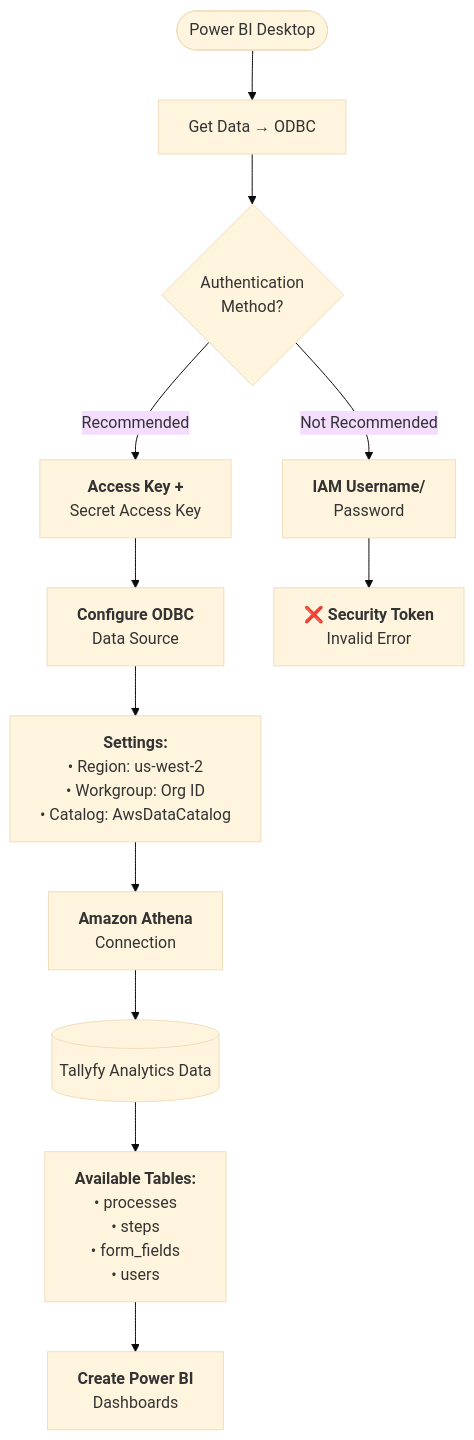
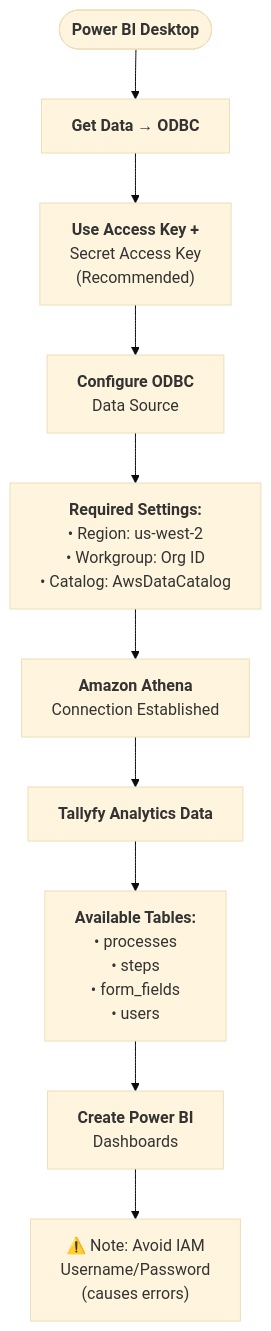
Before and after one commit to tallyfy/documentation: the diagram in src/content/docs/pro/integrations/analytics/powerbi/how-to-analyze-tallyfy-workflows-with-power-bi.mdx, drawn with Mermaid (base theme). The commit also changed 2 other files, not shown here.

Commit message:
Fix: Convert hub-and-spoke Mermaid diagrams to vertical layouts for mobile
- Fixed parallel approval diagram to use sequential vertical flow
- Fixed Power BI connection diagram to eliminate branching authentication paths
- Fixed agent execution cycle to embed component annotations inline
- All diagrams now use graph TD with vertical sequential flow
- Ensures proper mobile rendering without horizontal spreading

````diff
--- a/src/content/docs/pro/integrations/analytics/powerbi/how-to-analyze-tallyfy-workflows-with-power-bi.mdx
+++ b/src/content/docs/pro/integrations/analytics/powerbi/how-to-analyze-tallyfy-workflows-with-power-bi.mdx
@@ -30,37 +30,39 @@
 ```mermaid
-flowchart TD
-    Start([Power BI Desktop]) --> GetData[Get Data → ODBC]
-    GetData --> CheckAuth{Authentication<br/>Method?}
+graph TD
+    Start(["`**Power BI Desktop**`"])
     
-    CheckAuth -->|"`Recommended`"| AccessKey["`**Access Key +**
-Secret Access Key`"]
-    CheckAuth -->|"`Not Recommended`"| IAM["`**IAM Username/**
-Password`"]
+    Start --> GetData["`**Get Data → ODBC**`"]
+    
+    GetData --> AccessKey["`**Use Access Key +**
+    Secret Access Key
+    (Recommended)`"]
     
     AccessKey --> ODBC["`**Configure ODBC**
-Data Source`"]
-    IAM --> Error["`**❌ Security Token**
-Invalid Error`"]
+    Data Source`"]
     
-    ODBC --> Settings["`**Settings:**
-• Region: us-west-2
-• Workgroup: Org ID
-• Catalog: AwsDataCatalog`"]
+    ODBC --> Settings["`**Required Settings:**
+    • Region: us-west-2
+    • Workgroup: Org ID
+    • Catalog: AwsDataCatalog`"]
     
     Settings --> Athena["`**Amazon Athena**
-Connection`"]
+    Connection Established`"]
     
-    Athena --> Data[(Tallyfy Analytics Data)]
+    Athena --> Data["`**Tallyfy Analytics Data**`"]
     
     Data --> Tables["`**Available Tables:**
-• processes
-• steps
-• form_fields
-• users`"]
+    • processes
+    • steps
+    • form_fields
+    • users`"]
     
     Tables --> Dashboard["`**Create Power BI**
-Dashboards`"]
+    Dashboards`"]
+    
+    Dashboard --> Note["`⚠️ Note: Avoid IAM
+    Username/Password
+    (causes errors)`"]
     
     click ODBC "/products/pro/integrations/analytics/index/" "Analytics overview"
     click Athena "https://aws.amazon.com/athena/" "Learn about Amazon Athena"
 ```
````
